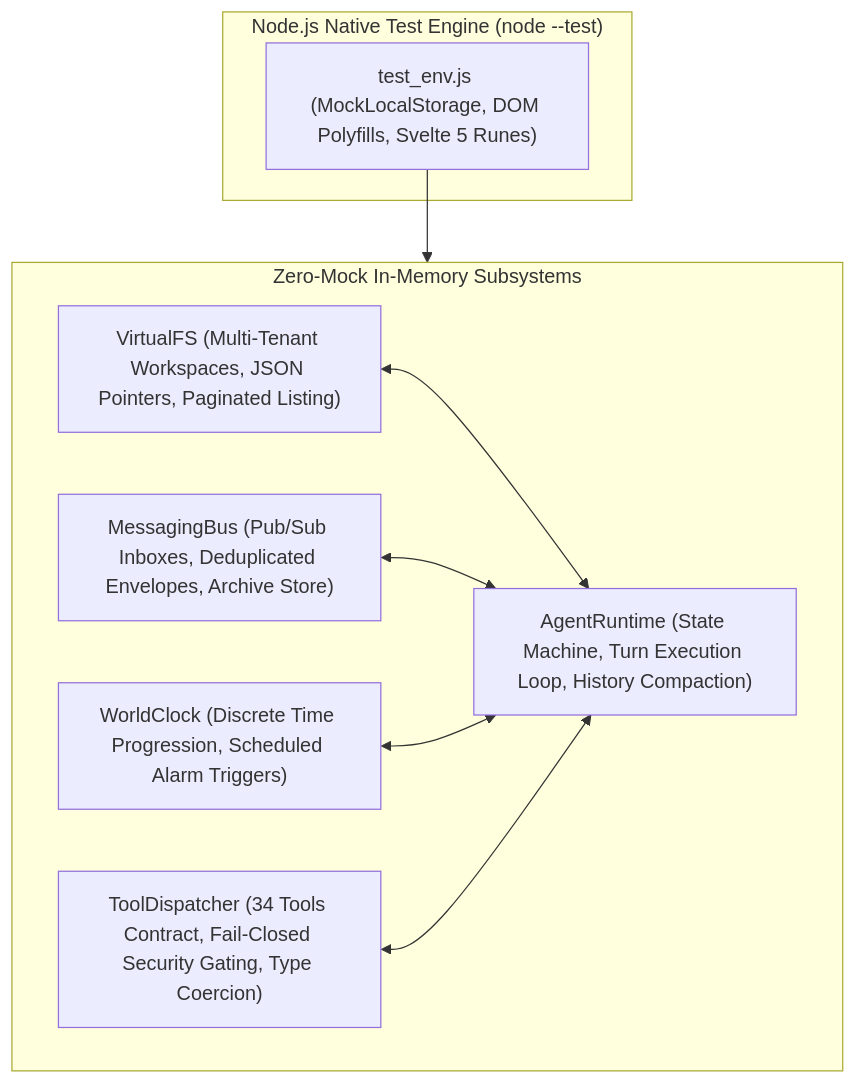
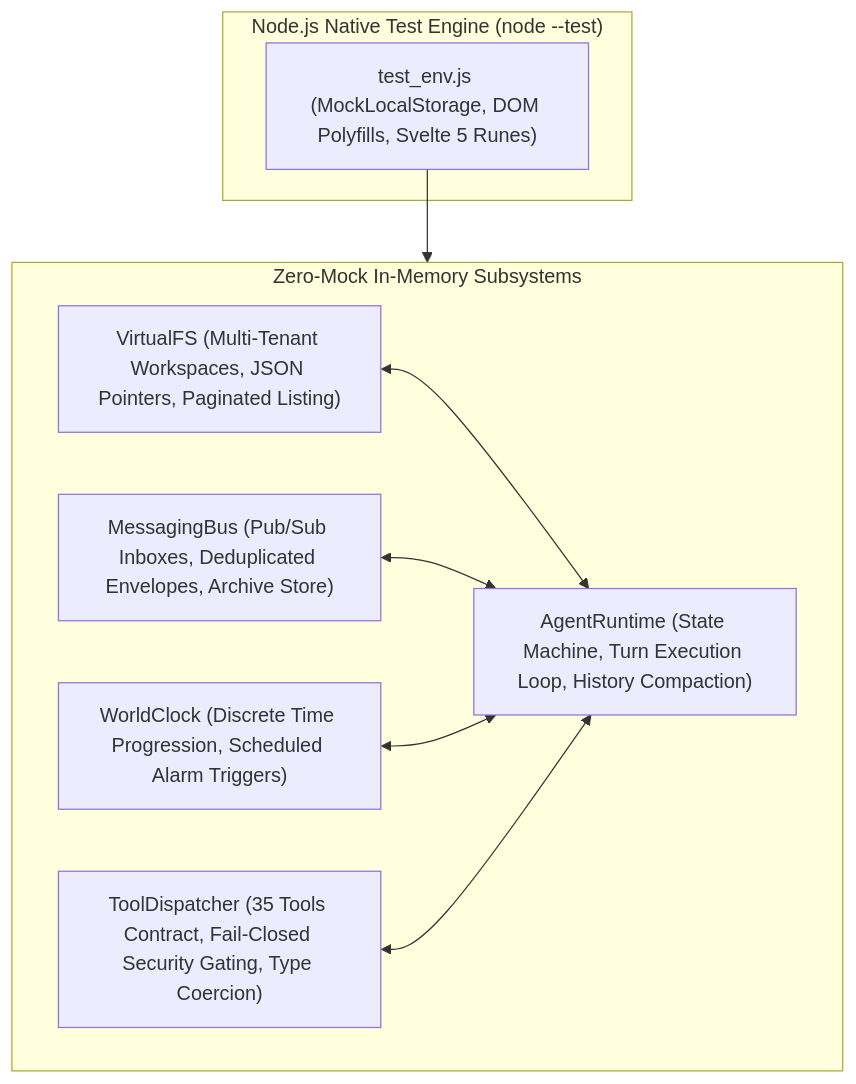
One commit to crestfallnafterdark/nightcurtain changed the first of 6 diagrams in docs/testing/unit_and_integration.md. Above: the diagram before and after it, drawn with Mermaid. The commit also changed other lines of this file and 10 other files, not shown here.

````diff
--- a/docs/testing/unit_and_integration.md
+++ b/docs/testing/unit_and_integration.md
@@ -17,20 +17,20 @@
 ```mermaid
 flowchart TD
     subgraph TestRunner["Node.js Native Test Engine (node --test)"]
         Env["test_env.js (MockLocalStorage, DOM Polyfills, Svelte 5 Runes)"]
     end
 
     subgraph CoreClasses["Zero-Mock In-Memory Subsystems"]
         VFS["VirtualFS (Multi-Tenant Workspaces, JSON Pointers, Paginated Listing)"]
         BUS["MessagingBus (Pub/Sub Inboxes, Deduplicated Envelopes, Archive Store)"]
         CLK["WorldClock (Discrete Time Progression, Scheduled Alarm Triggers)"]
-        DISP["ToolDispatcher (34 Tools Contract, Fail-Closed Security Gating, Type Coercion)"]
+        DISP["ToolDispatcher (35 Tools Contract, Fail-Closed Security Gating, Type Coercion)"]
         RT["AgentRuntime (State Machine, Turn Execution Loop, History Compaction)"]
     end
 
     Env --> CoreClasses
     VFS <--> RT
     BUS <--> RT
     CLK <--> RT
     DISP <--> RT
 ```
````
